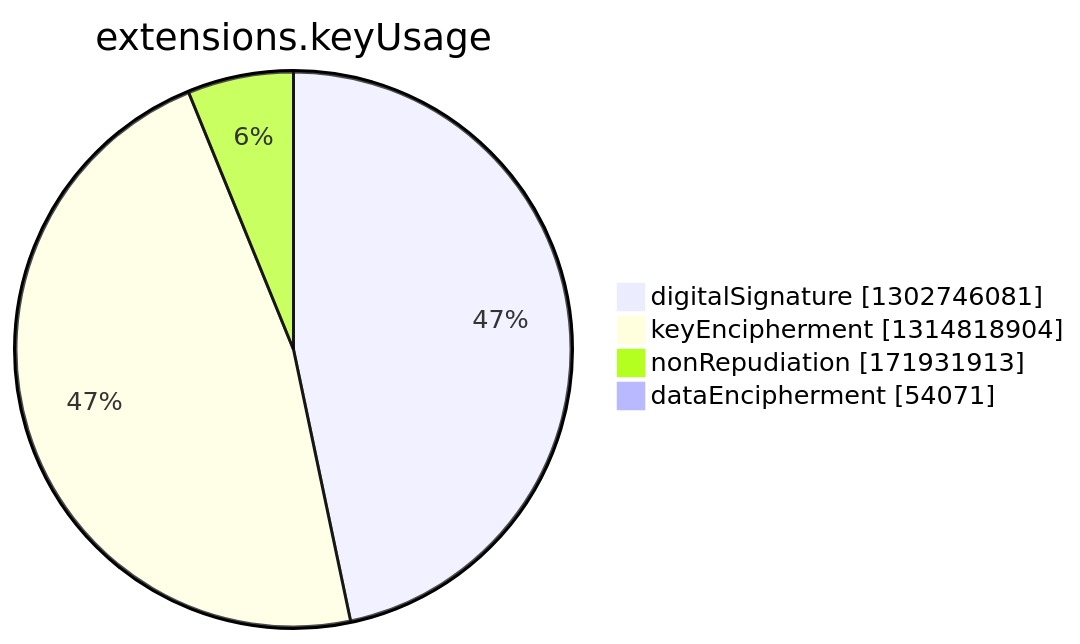
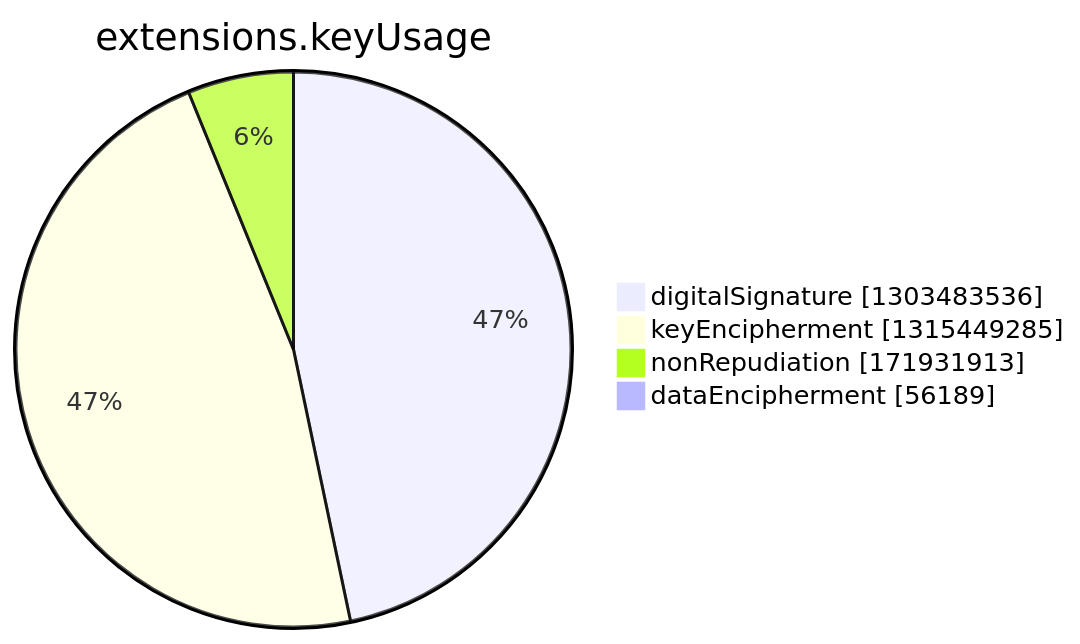
Before and after one commit to christiankrug/ctmonitor_visualization: the seventh of 15 diagrams in argon2022/README.md, drawn with Mermaid. The commit also changed other lines of this file, not shown here.

````diff
--- a/argon2022/README.md
+++ b/argon2022/README.md
@@ -2749,8 +2749,8 @@
 ```mermaid
 pie showData
 title extensions.keyUsage
-"digitalSignature" :1302746081
-"keyEncipherment" :1314818904
+"digitalSignature" :1303483536
+"keyEncipherment" :1315449285
 "nonRepudiation" :171931913
-"dataEncipherment" :54071
+"dataEncipherment" :56189
 ```
````
